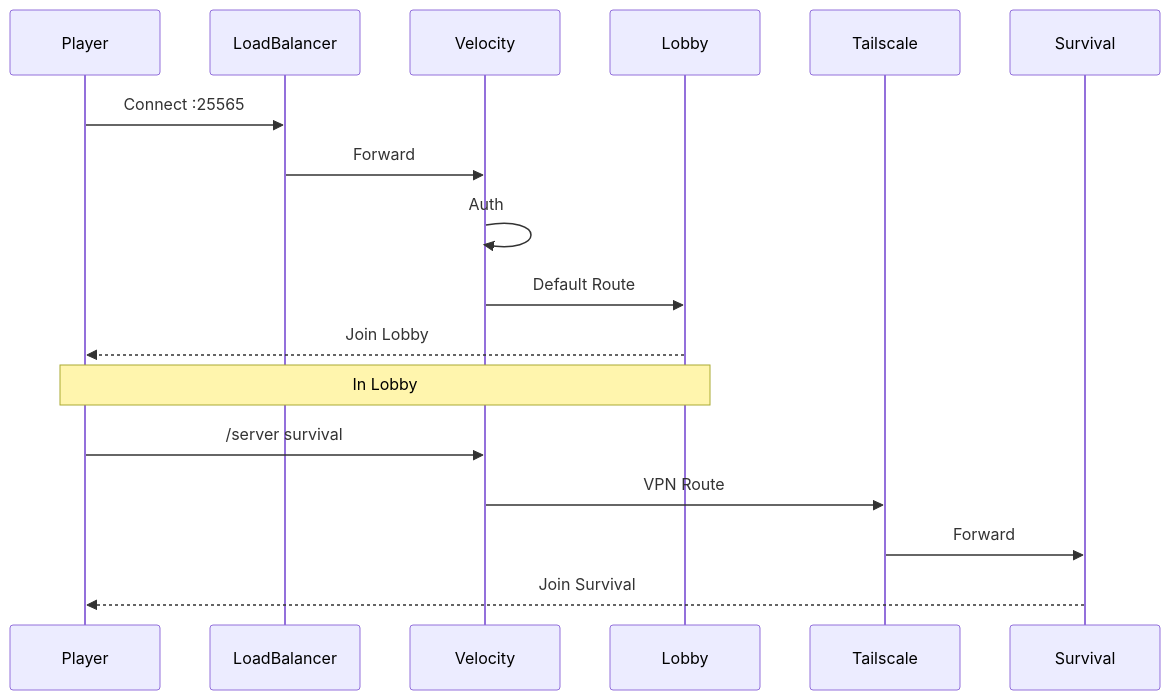
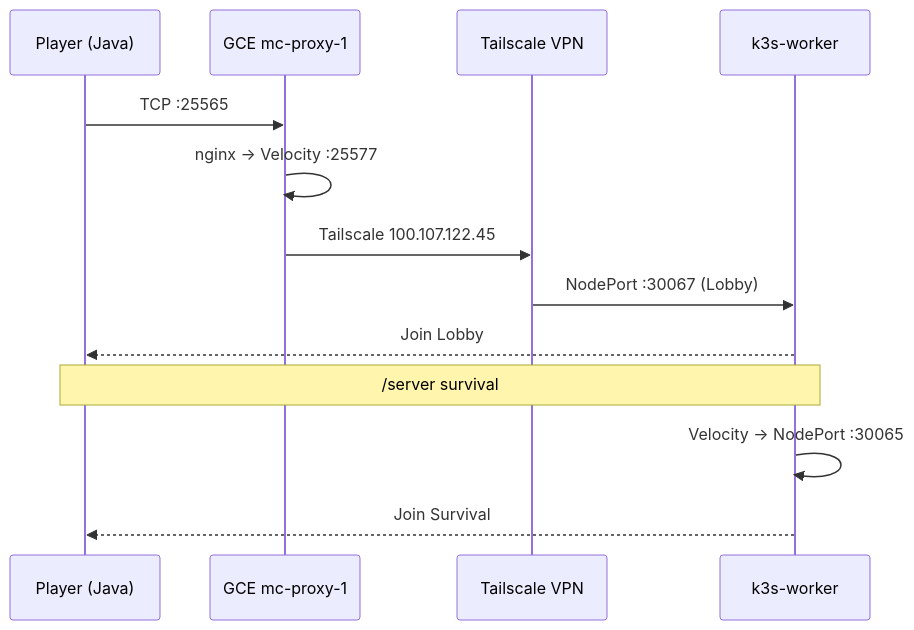
One commit to Tagomori0211/Minecraft-on-Kubenates changed the third of 5 diagrams in Documents/README/Home.md. Above: the diagram before and after it, drawn with Mermaid. The commit also changed other lines of this file and 6 other files, not shown here.

````diff
--- a/Documents/README/Home.md
+++ b/Documents/README/Home.md
@@ -121,22 +129,18 @@
 ```mermaid
 sequenceDiagram
-    participant P as Player
-    participant LB as LoadBalancer
-    participant V as Velocity
-    participant L as Lobby
-    participant TS as Tailscale
-    participant S as Survival
+    participant P as Player (Java)
+    participant GCE as GCE mc-proxy-1
+    participant TS as Tailscale VPN
+    participant K3S as k3s-worker
 
-    P->>LB: Connect :25565
-    LB->>V: Forward
-    V->>V: Auth
-    V->>L: Default Route
-    L-->>P: Join Lobby
-    
-    Note over P,L: In Lobby
+    P->>GCE: TCP :25565
+    GCE->>GCE: nginx → Velocity :25577
+    GCE->>TS: Tailscale 100.107.122.45
+    TS->>K3S: NodePort :30067 (Lobby)
+    K3S-->>P: Join Lobby
 
-    P->>V: /server survival
-    V->>TS: VPN Route
-    TS->>S: Forward
-    S-->>P: Join Survival
+    Note over P,K3S: /server survival
+
+    K3S->>K3S: Velocity → NodePort :30065
+    K3S-->>P: Join Survival
 ```
````
